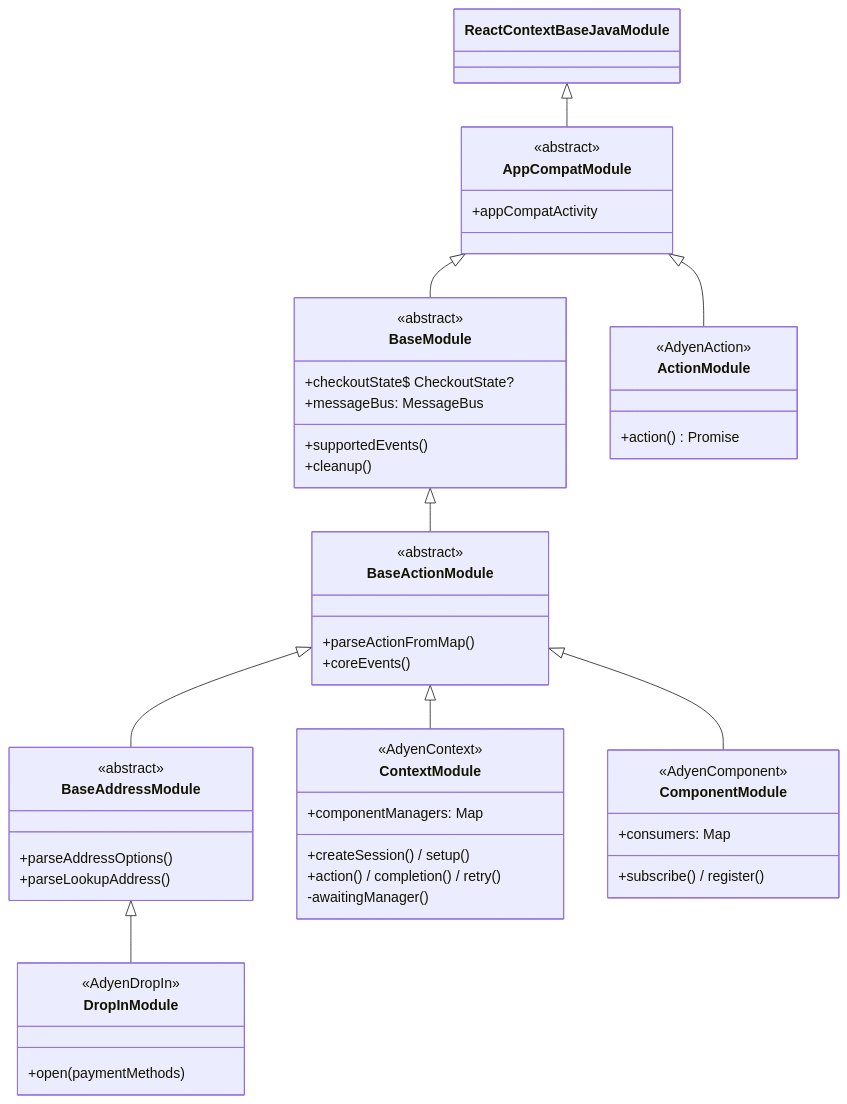
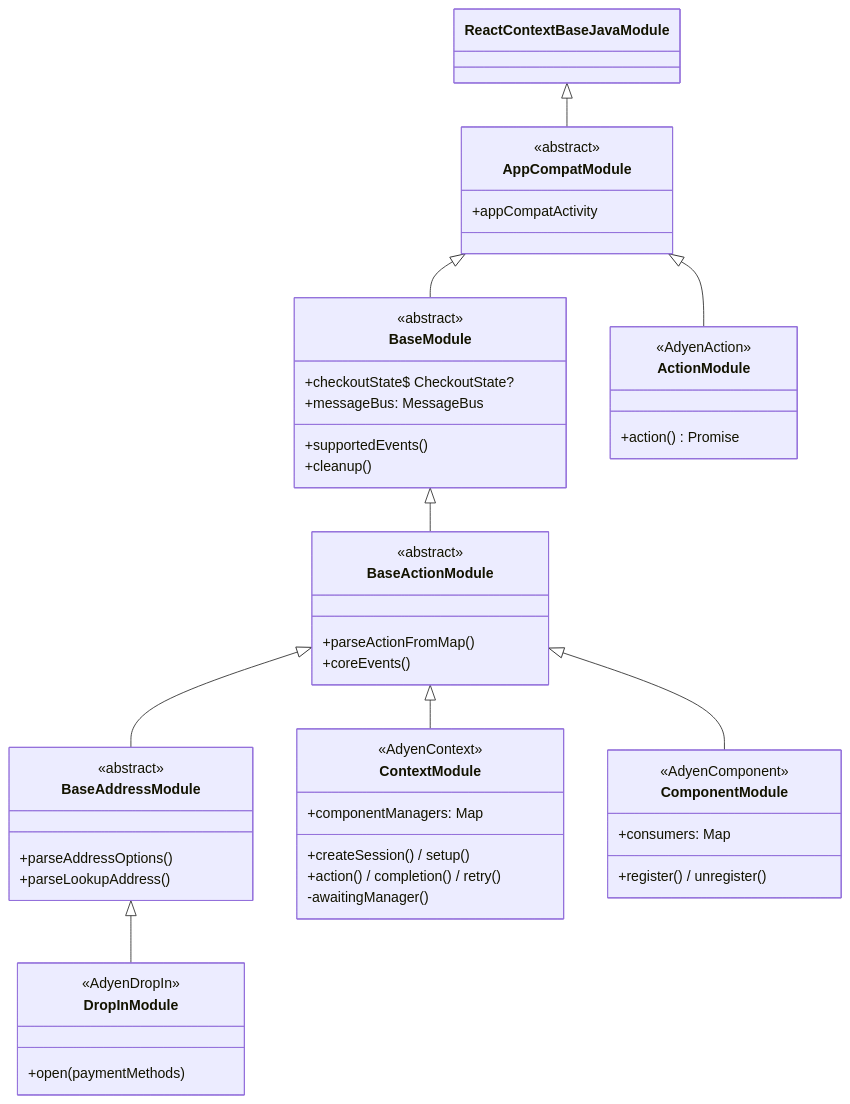
Before and after one commit to Adyen/adyen-react-native: the fifth of 7 diagrams in docs/native-architecture.md, drawn with Mermaid. The commit also changed other lines of this file and 2 other files, not shown here.

````diff
--- a/docs/native-architecture.md
+++ b/docs/native-architecture.md
@@ -171,54 +181,54 @@
 ```mermaid
 classDiagram
   class ReactContextBaseJavaModule
   class AppCompatModule {
     <<abstract>>
     +appCompatActivity
   }
   class BaseModule {
     <<abstract>>
     +checkoutState$ CheckoutState?
     +messageBus: MessageBus
     +supportedEvents()
     +cleanup()
   }
   class BaseActionModule {
     <<abstract>>
     +parseActionFromMap()
     +coreEvents()
   }
   class BaseAddressModule {
     <<abstract>>
     +parseAddressOptions()
     +parseLookupAddress()
   }
   class ContextModule {
     <<AdyenContext>>
     +componentManagers: Map
     +createSession() / setup()
     +action() / completion() / retry()
     -awaitingManager()
   }
   class ComponentModule {
     <<AdyenComponent>>
     +consumers: Map
-    +subscribe() / register()
+    +register() / unregister()
   }
   class DropInModule {
     <<AdyenDropIn>>
     +open(paymentMethods)
   }
   class ActionModule {
     <<AdyenAction>>
     +action() Promise
   }
 
   ReactContextBaseJavaModule <|-- AppCompatModule
   AppCompatModule <|-- BaseModule
   AppCompatModule <|-- ActionModule
   BaseModule <|-- BaseActionModule
   BaseActionModule <|-- ContextModule
   BaseActionModule <|-- ComponentModule
   BaseActionModule <|-- BaseAddressModule
   BaseAddressModule <|-- DropInModule
 ```
````
